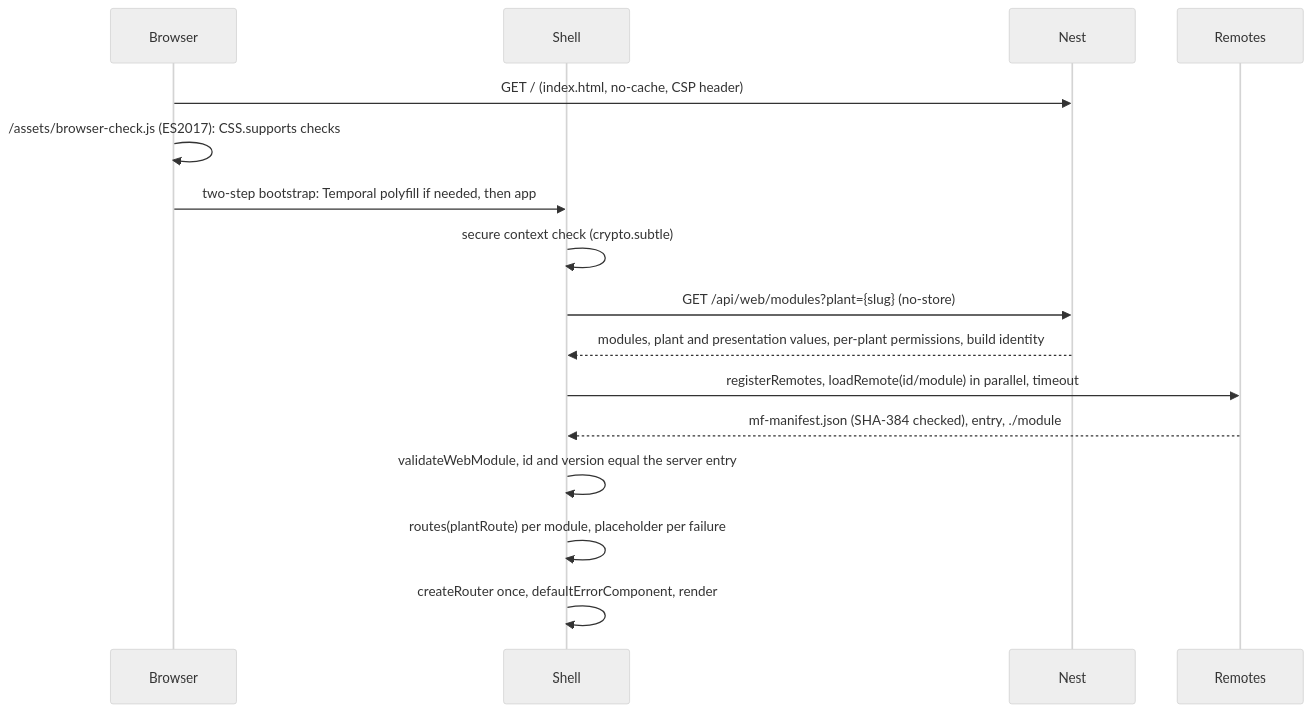
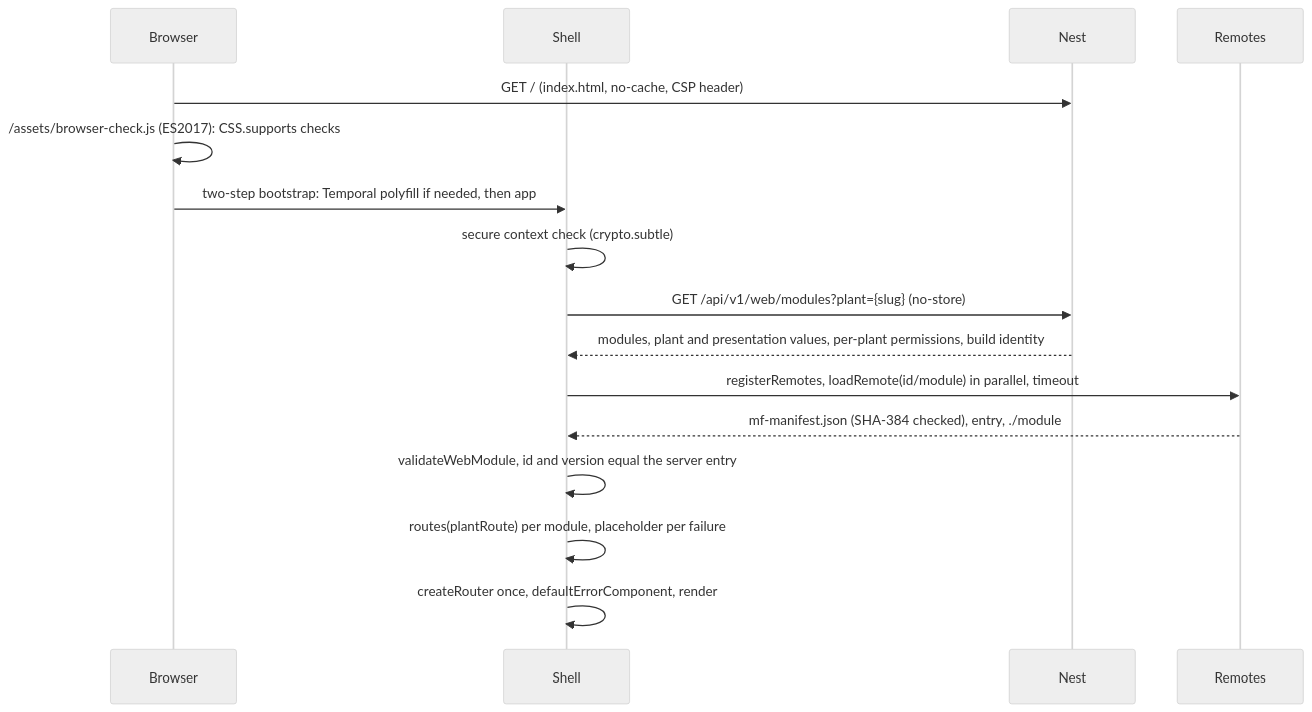
The second of 4 diagrams in docs/plan/06-web-and-ux.md (northMES/northmes), drawn with Mermaid (neutral theme) before and after one commit. The commit also changed other lines of this file and 21 other files, not shown here.

````diff
--- a/docs/plan/06-web-and-ux.md
+++ b/docs/plan/06-web-and-ux.md
@@ -142,18 +145,18 @@
 ```mermaid
 sequenceDiagram
   participant B as Browser
   participant S as Shell
   participant N as Nest
   participant R as Remotes
   B->>N: GET / (index.html, no-cache, CSP header)
   B->>B: /assets/browser-check.js (ES2017): CSS.supports checks
   B->>S: two-step bootstrap: Temporal polyfill if needed, then app
   S->>S: secure context check (crypto.subtle)
-  S->>N: GET /api/web/modules?plant={slug} (no-store)
+  S->>N: GET /api/v1/web/modules?plant={slug} (no-store)
   N-->>S: modules, plant and presentation values, per-plant permissions, build identity
   S->>R: registerRemotes, loadRemote(id/module) in parallel, timeout
   R-->>S: mf-manifest.json (SHA-384 checked), entry, ./module
   S->>S: validateWebModule, id and version equal the server entry
   S->>S: routes(plantRoute) per module, placeholder per failure
   S->>S: createRouter once, defaultErrorComponent, render
 ```
````
